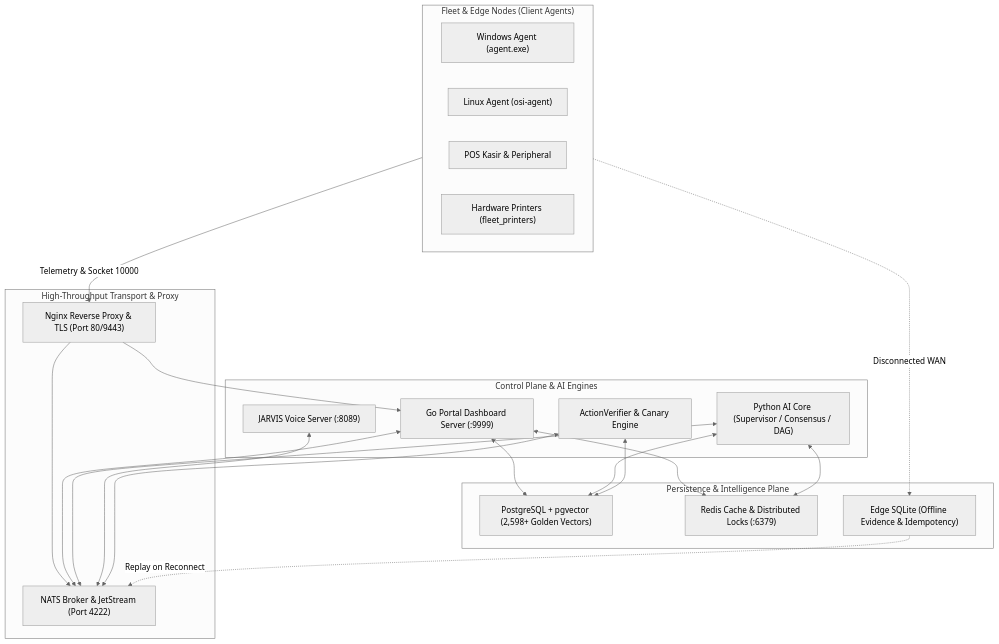
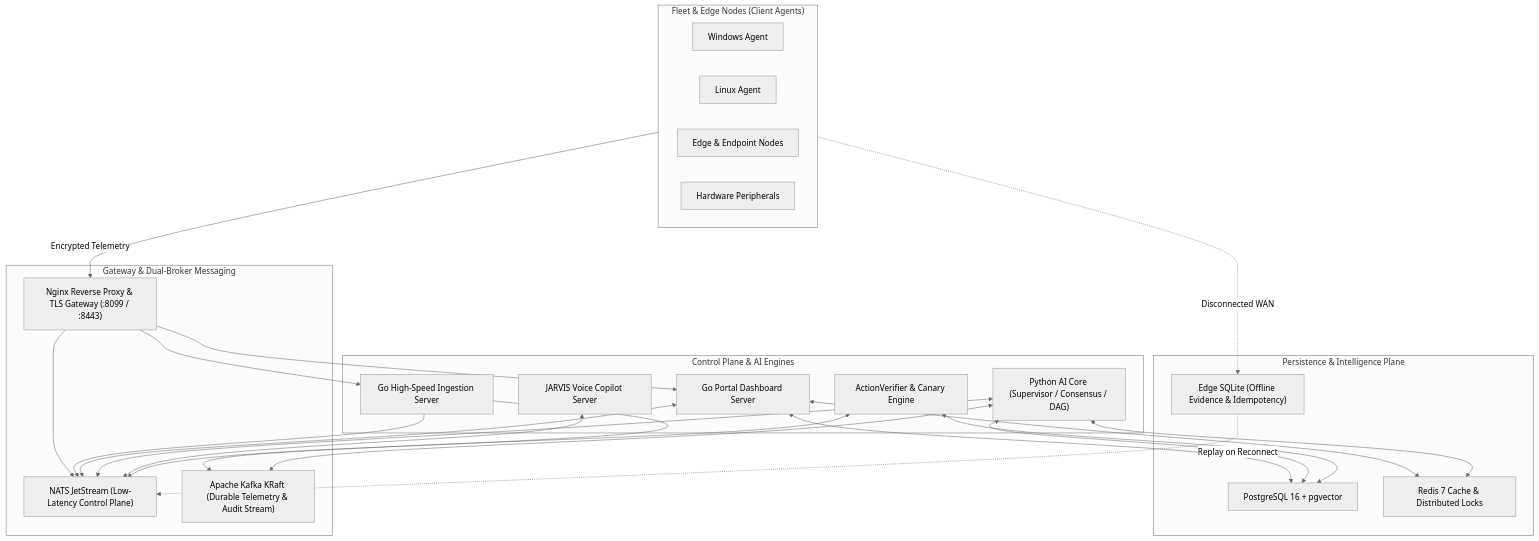
Before and after one commit to ramadhan24021996/AI-NOC-ITSM: the diagram in README.md, drawn with Mermaid (neutral theme). The commit also changed other lines of this file and 713 other files, not shown here.

````diff
--- a/README.md
+++ b/README.md
@@ -36,38 +39,41 @@
 ```mermaid
 flowchart TD
     subgraph Edge["Fleet & Edge Nodes (Client Agents)"]
-        W_PC["Windows Agent (agent.exe)"]
-        L_PC["Linux Agent (osi-agent)"]
-        POS["POS Kasir & Peripheral"]
-        PRT["Hardware Printers (fleet_printers)"]
+        W_PC["Windows Agent"]
+        L_PC["Linux Agent"]
+        POS["Edge & Endpoint Nodes"]
+        PRT["Hardware Peripherals"]
     end
 
-    subgraph Transport["High-Throughput Transport & Proxy"]
-        NGINX["Nginx Reverse Proxy & TLS (Port 80/9443)"]
-        NATS["NATS Broker & JetStream (Port 4222)"]
+    subgraph Transport["Gateway & Dual-Broker Messaging"]
+        NGINX["Nginx Reverse Proxy & TLS Gateway (:8099 / :8443)"]
+        NATS["NATS JetStream (Low-Latency Control Plane)"]
+        KAFKA["Apache Kafka KRaft (Durable Telemetry & Audit Stream)"]
     end
 
     subgraph Core["Control Plane & AI Engines"]
-        PORTAL["Go Portal Dashboard Server (:9999)"]
+        INGEST["Go High-Speed Ingestion Server"]
+        PORTAL["Go Portal Dashboard Server"]
         PY_CORE["Python AI Core (Supervisor / Consensus / DAG)"]
-        JARVIS["JARVIS Voice Server (:8089)"]
+        JARVIS["JARVIS Voice Copilot Server"]
         VERIFIER["ActionVerifier & Canary Engine"]
     end
 
     subgraph Storage["Persistence & Intelligence Plane"]
-        PG["PostgreSQL + pgvector (2,598+ Golden Vectors)"]
-        REDIS["Redis Cache & Distributed Locks (:6379)"]
+        PG["PostgreSQL 16 + pgvector"]
+        REDIS["Redis 7 Cache & Distributed Locks"]
         SQLITE["Edge SQLite (Offline Evidence & Idempotency)"]
     end
 
-    Edge -->|Telemetry & Socket 10000| NGINX
-    NGINX --> PORTAL & NATS
+    Edge -->|Encrypted Telemetry| NGINX
+    NGINX --> INGEST & PORTAL & NATS
+    INGEST --> NATS & KAFKA
     PORTAL <--> NATS
-    PY_CORE <--> NATS
+    PY_CORE <--> NATS & KAFKA
     JARVIS <--> NATS
     PORTAL <--> PG & REDIS
     PY_CORE <--> PG & REDIS
     VERIFIER <--> PG & NATS
     Edge -.->|Disconnected WAN| SQLITE
     SQLITE -.->|Replay on Reconnect| NATS
 ```
````
